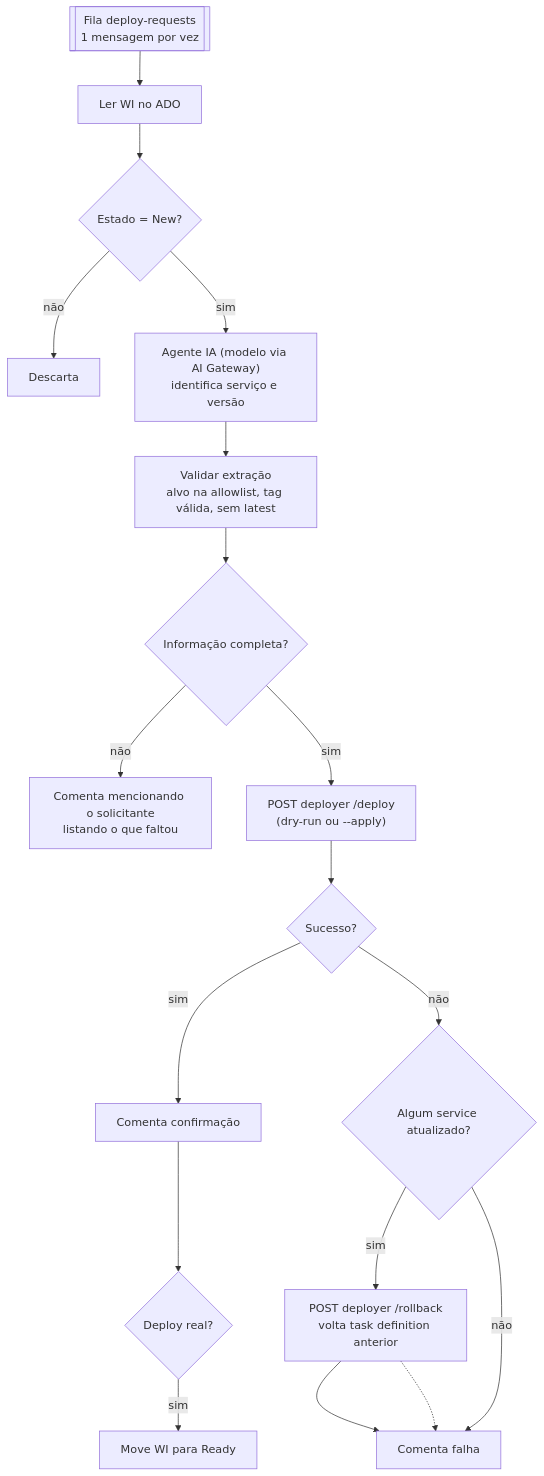
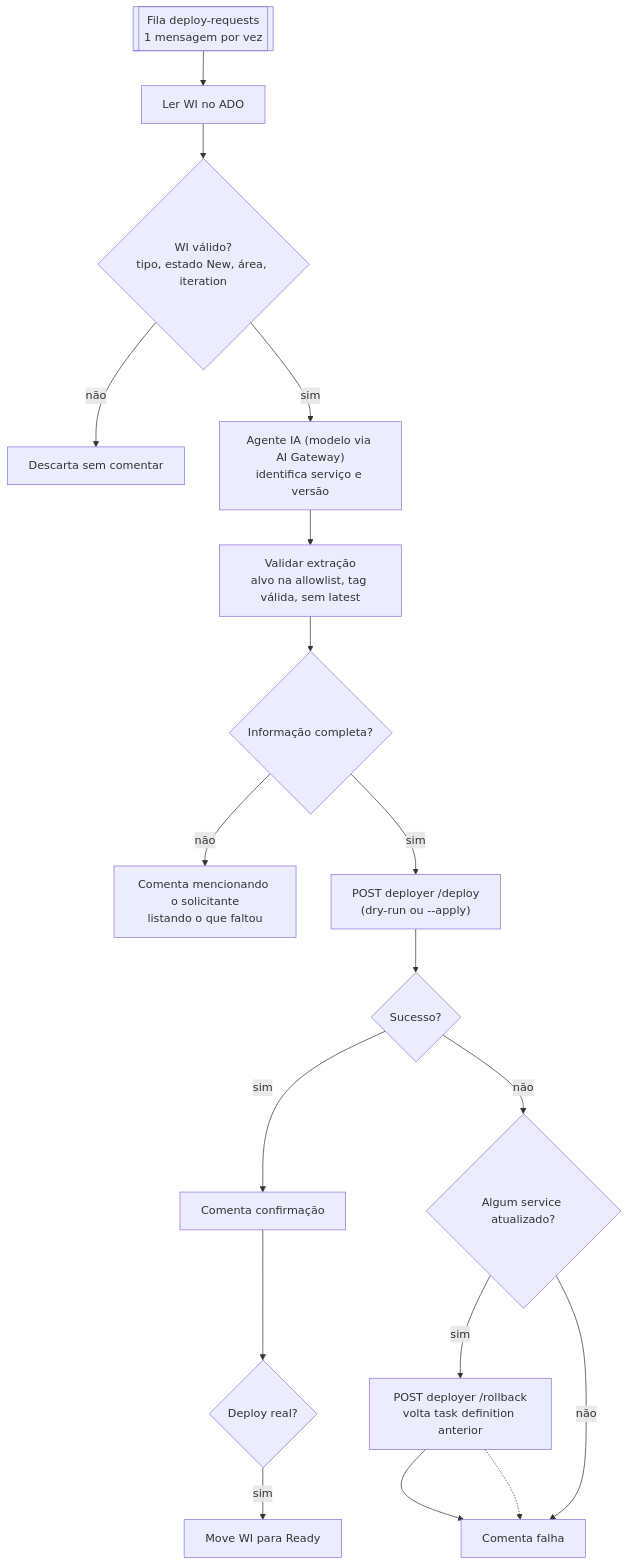
Before and after one commit to diovanibmotta/n8n-deploy-sre: the third of 3 diagrams in README.md, drawn with Mermaid. The commit also changed other lines of this file and 4 other files, not shown here.

First line of the commit message:
feat: filtros de area, iteration e tipo no ingest e no worker

````diff
--- a/README.md
+++ b/README.md
@@ -42,18 +51,18 @@
 ```mermaid
 flowchart TD
   Q[[Fila deploy-requests<br/>1 mensagem por vez]] --> L[Ler WI no ADO]
-  L --> S{Estado = New?}
-  S -- não --> X[Descarta]
+  L --> S{"WI válido?<br/>tipo, estado New, área, iteration"}
+  S -- não --> X[Descarta sem comentar]
   S -- sim --> AG["Agente IA (modelo via AI Gateway)<br/>identifica serviço e versão"]
   AG --> V["Validar extração<br/>alvo na allowlist, tag válida, sem latest"]
   V --> C{Informação completa?}
   C -- não --> M["Comenta mencionando o solicitante<br/>listando o que faltou"]
   C -- sim --> D["POST deployer /deploy<br/>(dry-run ou --apply)"]
   D --> K{Sucesso?}
   K -- sim --> OK["Comenta confirmação"] --> MV{Deploy real?}
   MV -- sim --> RD[Move WI para Ready]
   K -- não --> AP{Algum service atualizado?}
   AP -- sim --> RB["POST deployer /rollback<br/>volta task definition anterior"] --> F
   AP -- não --> F[Comenta falha]
   RB -.-> F
 ```
````
